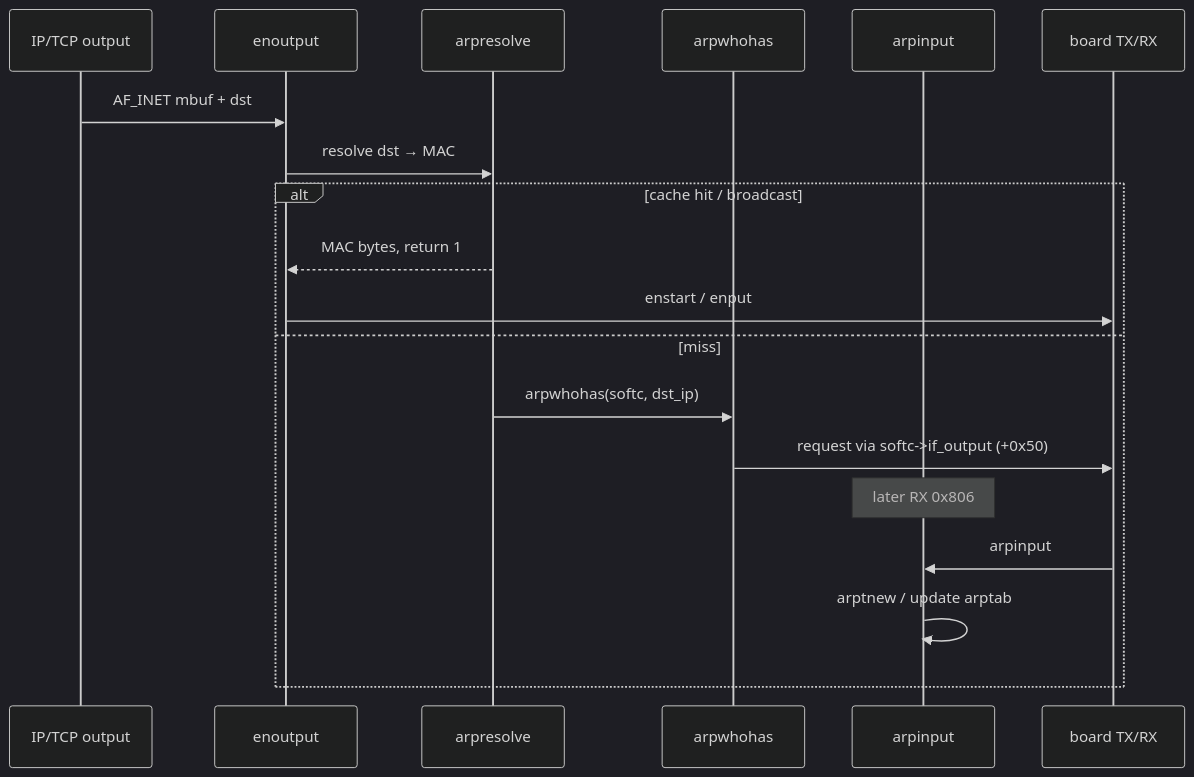
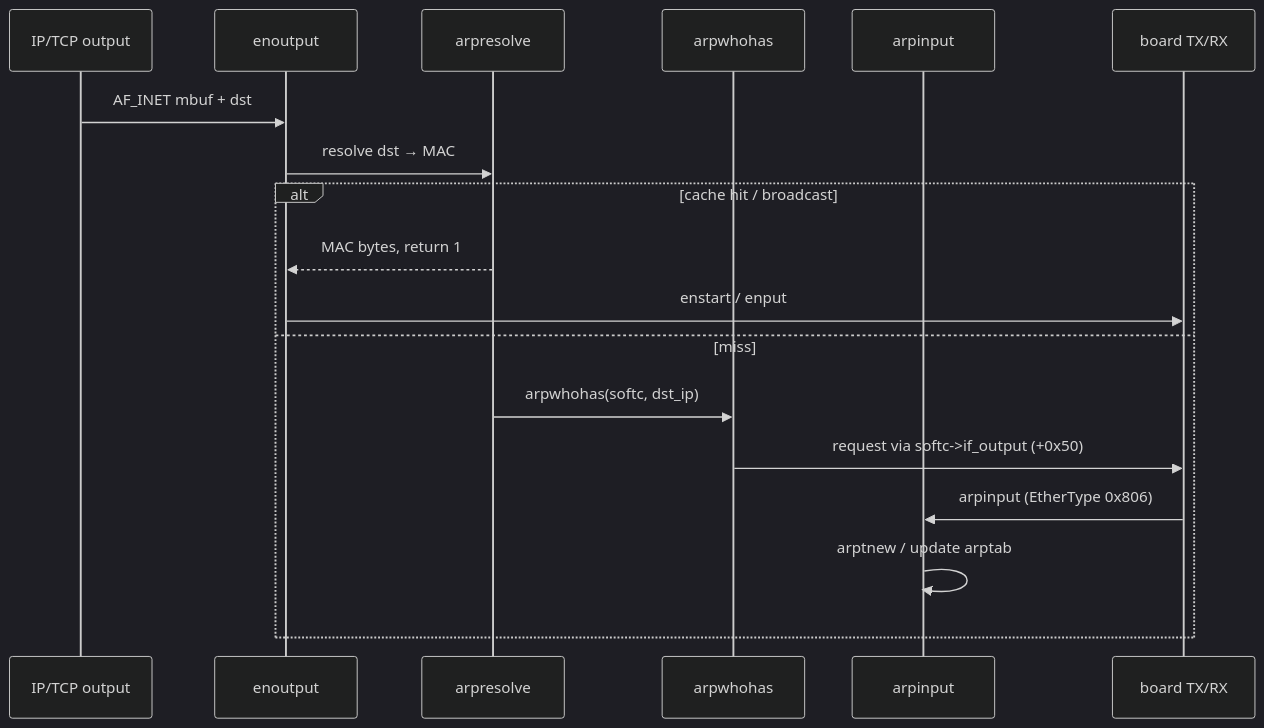
One commit to visionik/unixpc-lab changed the second of 2 diagrams in docs/win3b-tcp.md. Above: the diagram before and after it, drawn with Mermaid (dark theme). The commit also changed other lines of this file and 3 other files, not shown here.

````diff
--- a/docs/win3b-tcp.md
+++ b/docs/win3b-tcp.md
@@ -117,22 +153,21 @@
 ```mermaid
 sequenceDiagram
   participant IP as IP/TCP output
   participant EO as enoutput
   participant AR as arpresolve
   participant AW as arpwhohas
   participant AI as arpinput
   participant LANCE as board TX/RX
 
   IP->>EO: AF_INET mbuf + dst
   EO->>AR: resolve dst → MAC
   alt cache hit / broadcast
     AR-->>EO: MAC bytes, return 1
     EO->>LANCE: enstart / enput
   else miss
     AR->>AW: arpwhohas(softc, dst_ip)
     AW->>LANCE: request via softc->if_output (+0x50)
-    Note over AI: later RX 0x806
-    LANCE->>AI: arpinput
+    LANCE->>AI: arpinput (EtherType 0x806)
     AI->>AI: arptnew / update arptab
   end
 ```
````
